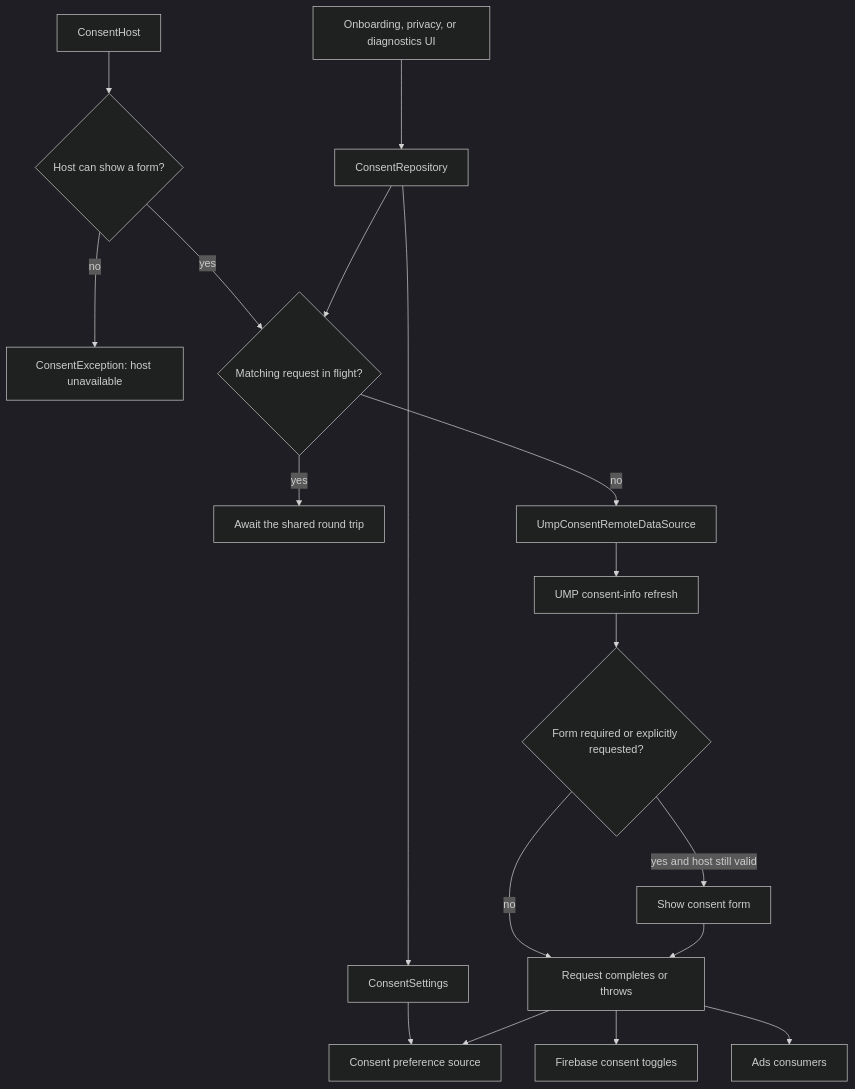
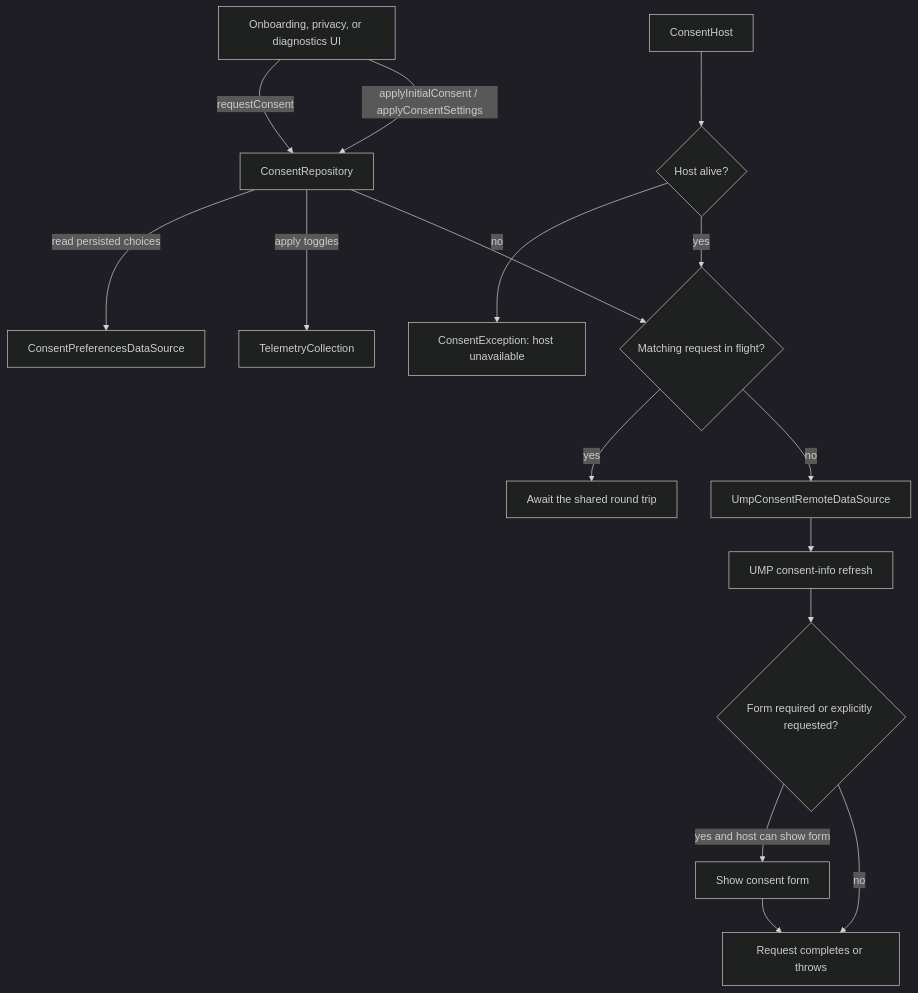
One commit to MihaiCristianCondrea/App-Toolkit-for-Android changed the diagram in library/integration/consent/README.md. Above: the diagram before and after it, drawn with Mermaid (dark theme). The commit also changed other lines of this file and 23 other files, not shown here.

First line of the commit message:
Harden consent and Firebase telemetry integrations

````diff
--- a/library/integration/consent/README.md
+++ b/library/integration/consent/README.md
@@ -37,20 +38,18 @@
 ```mermaid
 flowchart TD
-    UI[Onboarding, privacy, or diagnostics UI] --> Repo[ConsentRepository]
-    Repo --> Settings[ConsentSettings]
-    Settings --> Store[Consent preference source]
-    Host[ConsentHost] --> Availability{Host can show a form?}
+    UI[Onboarding, privacy, or diagnostics UI] -->|requestConsent| Repo[ConsentRepository]
+    UI -->|applyInitialConsent / applyConsentSettings| Repo
+    Repo -->|read persisted choices| Store[ConsentPreferencesDataSource]
+    Repo -->|apply toggles| Collection[TelemetryCollection]
+    Host[ConsentHost] --> Availability{Host alive?}
     Availability -->|no| Rejected[ConsentException: host unavailable]
     Availability -->|yes| Flight{Matching request in flight?}
     Repo --> Flight
     Flight -->|yes| Join[Await the shared round trip]
     Flight -->|no| UMP[UmpConsentRemoteDataSource]
     UMP --> Refresh[UMP consent-info refresh]
     Refresh --> Callback{Form required or explicitly requested?}
-    Callback -->|yes and host still valid| Form[Show consent form]
+    Callback -->|yes and host can show form| Form[Show consent form]
     Callback -->|no| Result[Request completes or throws]
     Form --> Result
-    Result --> Store
-    Result --> Firebase[Firebase consent toggles]
-    Result --> Ads[Ads consumers]
 ```
````
